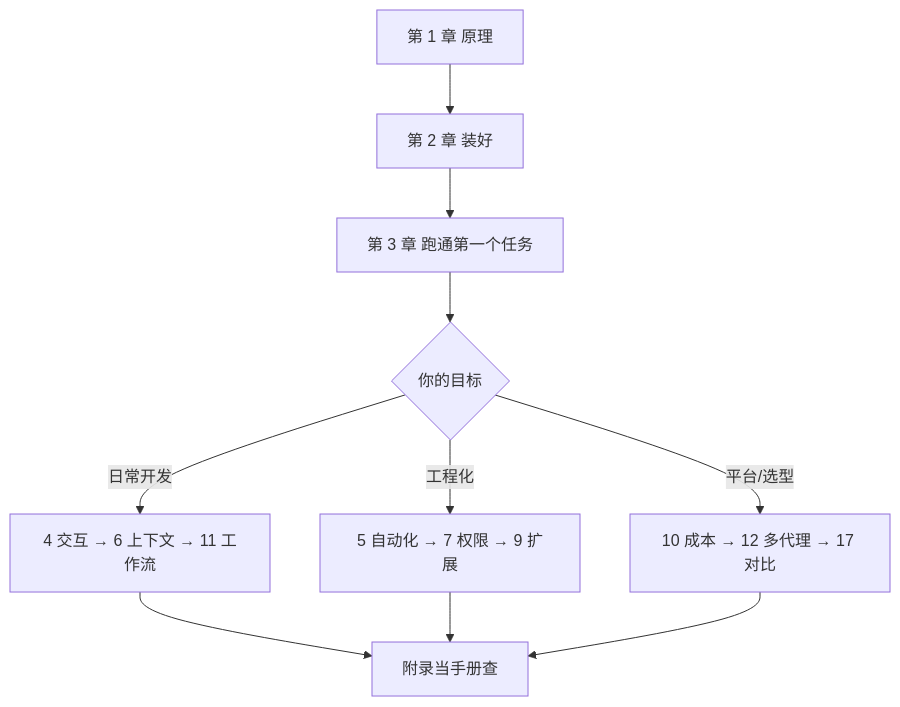
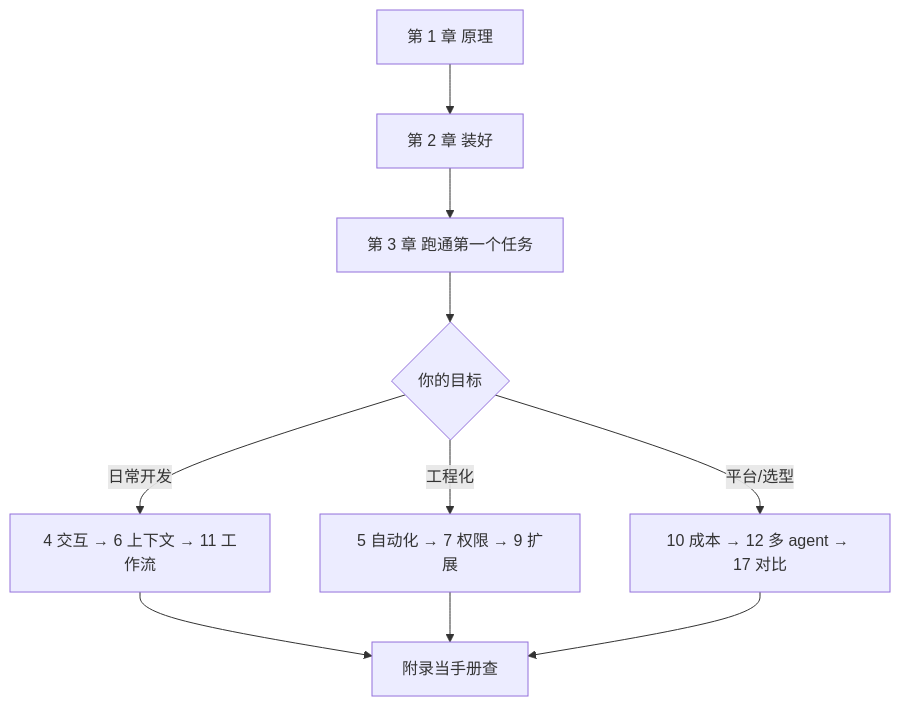
One commit to fxjs/ai-coding-agents-book changed the second of 2 diagrams in book/00-preface.md. Above: the diagram before and after it, drawn with Mermaid. The commit also changed other lines of this file and 29 other files, not shown here.

````diff
--- a/book/00-preface.md
+++ b/book/00-preface.md
@@ -68,12 +68,12 @@
 ```mermaid
 flowchart TD
   A[第 1 章 原理] --> B[第 2 章 装好]
   B --> C[第 3 章 跑通第一个任务]
   C --> D{你的目标}
   D -->|日常开发| E[4 交互 → 6 上下文 → 11 工作流]
   D -->|工程化| F[5 自动化 → 7 权限 → 9 扩展]
-  D -->|平台/选型| G[10 成本 → 12 多代理 → 17 对比]
+  D -->|平台/选型| G[10 成本 → 12 多 agent → 17 对比]
   E --> H[附录当手册查]
   F --> H
   G --> H
 ```
````
